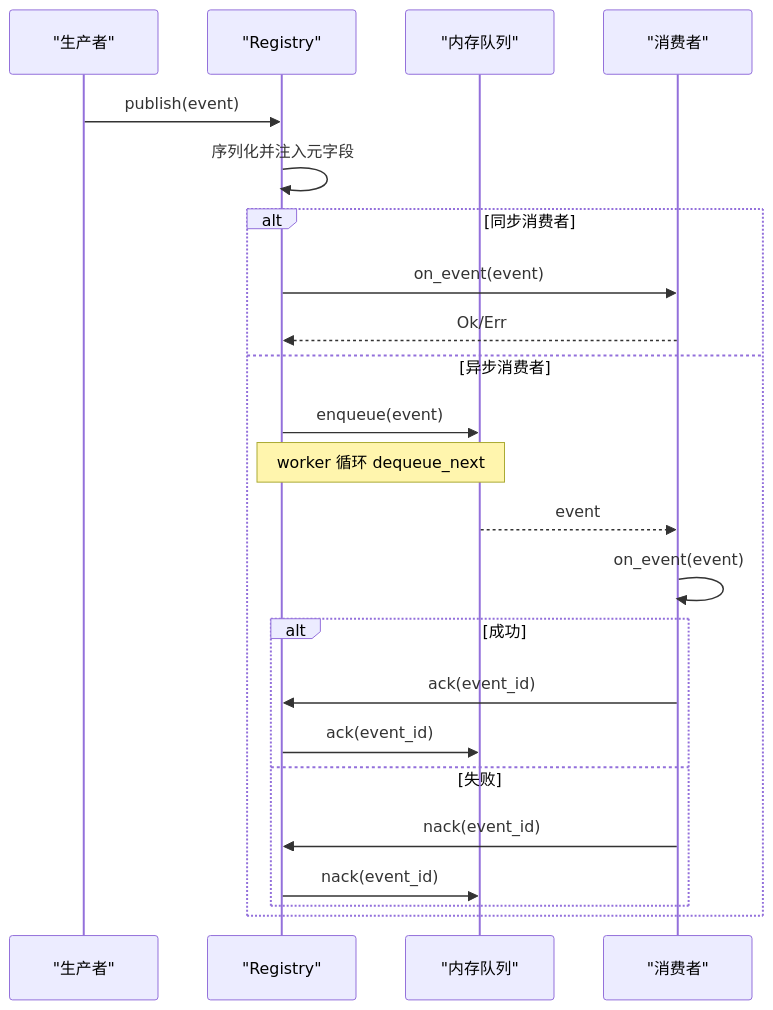
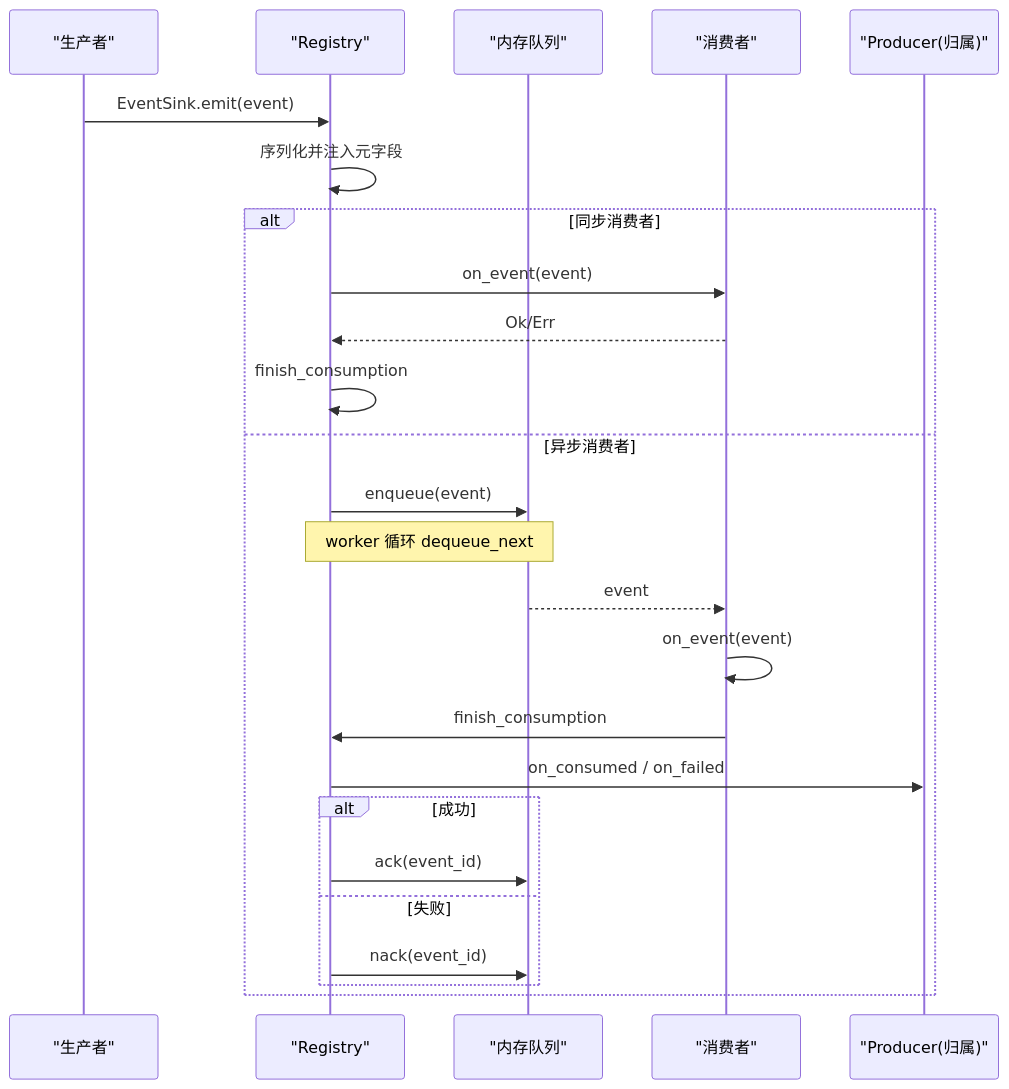
The second of 7 diagrams in docs/wiki/zh/content/基础设施/AOP 事件系统/AOP 核心架构/生产者消费者模式.md (runningcoders/ai_orz), drawn with Mermaid before and after one commit. The commit also changed other lines of this file and 37 other files, not shown here.

````diff
--- a/docs/wiki/zh/content/基础设施/AOP 事件系统/AOP 核心架构/生产者消费者模式.md
+++ b/docs/wiki/zh/content/基础设施/AOP 事件系统/AOP 核心架构/生产者消费者模式.md
@@ -91,25 +113,27 @@
 ```mermaid
 sequenceDiagram
 participant Prod as "生产者"
 participant Reg as "Registry"
 participant Q as "内存队列"
 participant Cons as "消费者"
-Prod->>Reg : publish(event)
+participant PR as "Producer(归属)"
+Prod->>Reg : EventSink.emit(event)
 Reg->>Reg : 序列化并注入元字段
 alt 同步消费者
 Reg->>Cons : on_event(event)
 Cons-->>Reg : Ok/Err
+Reg->>Reg : finish_consumption
 else 异步消费者
 Reg->>Q : enqueue(event)
 Note over Reg,Q : worker 循环 dequeue_next
 Q-->>Cons : event
 Cons->>Cons : on_event(event)
+Cons->>Reg : finish_consumption
+Reg->>PR : on_consumed / on_failed
 alt 成功
-Cons->>Reg : ack(event_id)
 Reg->>Q : ack(event_id)
 else 失败
-Cons->>Reg : nack(event_id)
 Reg->>Q : nack(event_id)
 end
 end
 ```
````
